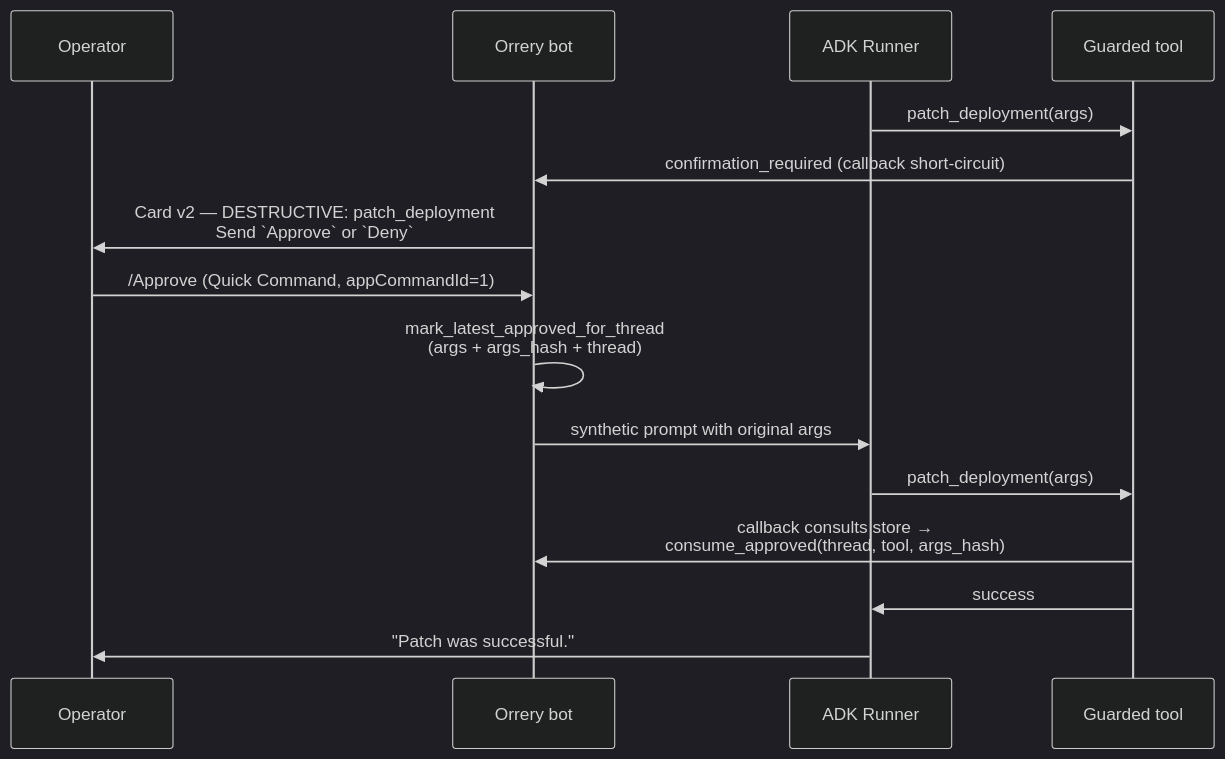
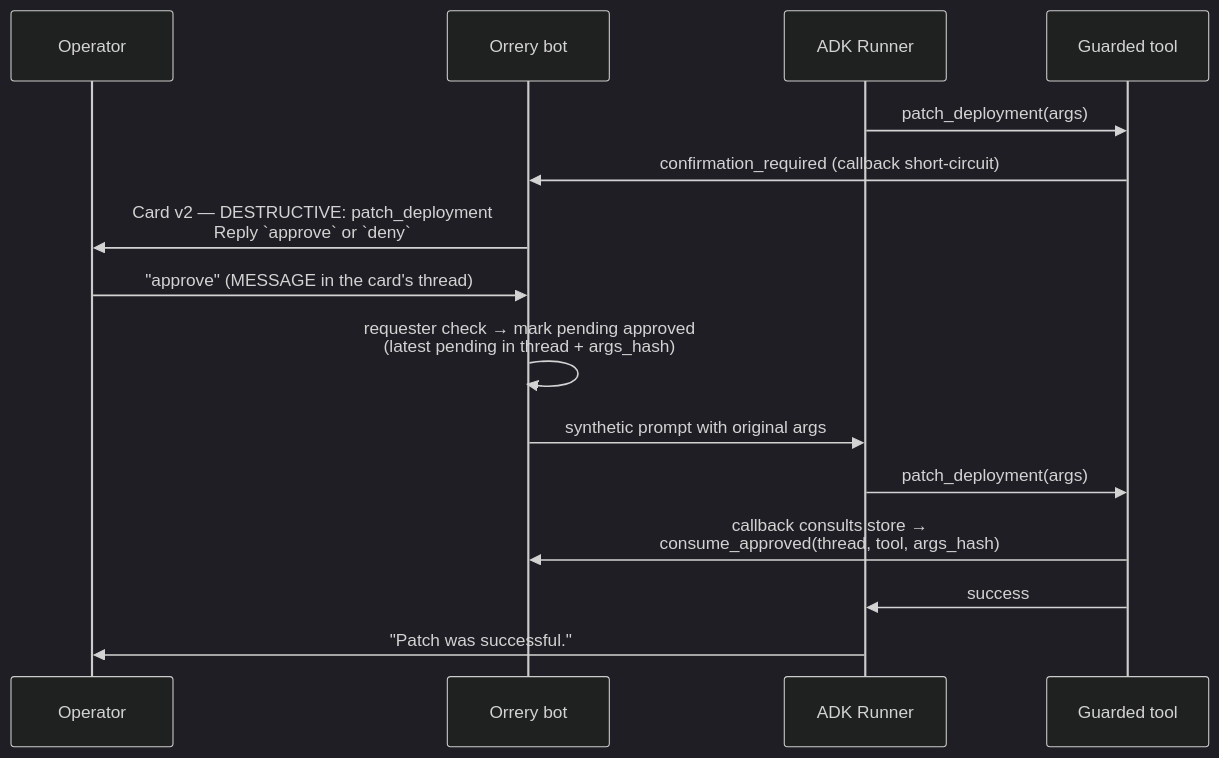
The second of 2 diagrams in docs/integrations/google-chat.md (BAHALLA/ai-agents), drawn with Mermaid (dark theme) before and after one commit. The commit also changed other lines of this file and 11 other files, not shown here.

First line of the commit message:
feat(gchat): thread-reply confirmations; drop quick commands, gate buttons

````diff
--- a/docs/integrations/google-chat.md
+++ b/docs/integrations/google-chat.md
@@ -113,18 +116,18 @@
 ```mermaid
 sequenceDiagram
     participant U as Operator
     participant B as Orrery bot
     participant LLM as ADK Runner
     participant T as Guarded tool
 
     LLM->>T: patch_deployment(args)
     T->>B: confirmation_required (callback short-circuit)
-    B->>U: Card v2 — DESTRUCTIVE: patch_deployment<br/>Send `Approve` or `Deny`
-    U->>B: /Approve  (Quick Command, appCommandId=1)
-    B->>B: mark_latest_approved_for_thread<br/>(args + args_hash + thread)
+    B->>U: Card v2 — DESTRUCTIVE: patch_deployment<br/>Reply `approve` or `deny`
+    U->>B: "approve"  (MESSAGE in the card's thread)
+    B->>B: requester check → mark pending approved<br/>(latest pending in thread + args_hash)
     B->>LLM: synthetic prompt with original args
     LLM->>T: patch_deployment(args)
     T->>B: callback consults store →<br/>consume_approved(thread, tool, args_hash)
     T->>LLM: success
     LLM->>U: "Patch was successful."
 ```
````
